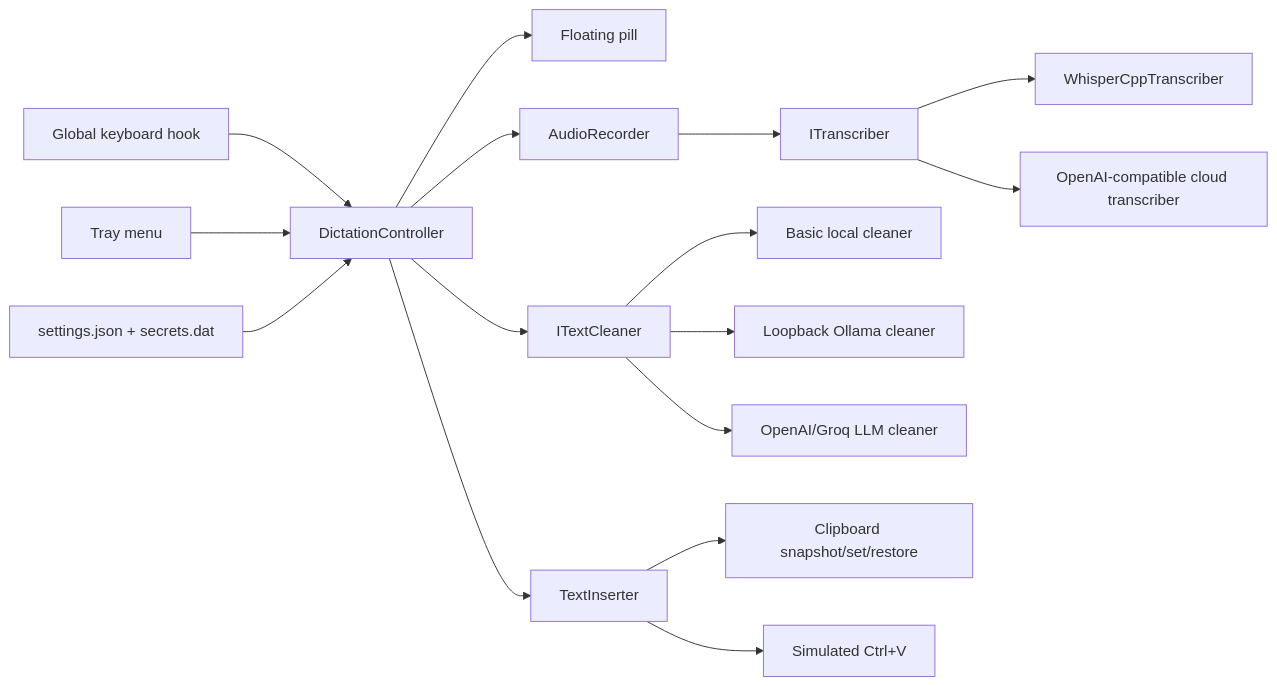
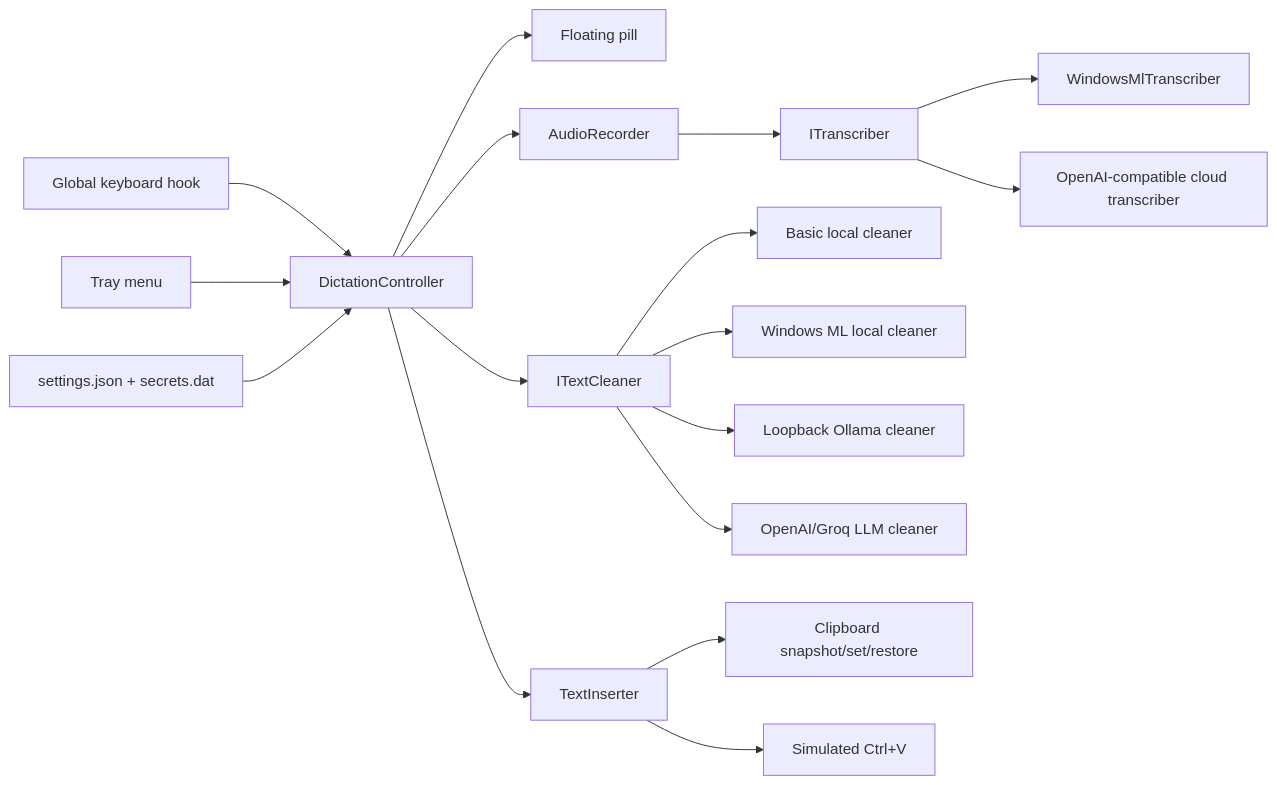
The diagram in windows-ai-dictation-design.md (rogersau/Whispdows), drawn with Mermaid before and after one commit. The commit also changed other lines of this file and 15 other files, not shown here.

Commit message:
feat: migrate local inference to Windows ML

````diff
--- a/windows-ai-dictation-design.md
+++ b/windows-ai-dictation-design.md
@@ -153,18 +147,19 @@
 ```mermaid
 flowchart LR
     Hook[Global keyboard hook] --> Controller[DictationController]
     Tray[Tray menu] --> Controller
     Controller --> Pill[Floating pill]
     Controller --> Recorder[AudioRecorder]
     Recorder --> Transcriber[ITranscriber]
-    Transcriber --> Local[WhisperCppTranscriber]
+    Transcriber --> Local[WindowsMlTranscriber]
     Transcriber --> Cloud[OpenAI-compatible cloud transcriber]
     Controller --> Cleaner[ITextCleaner]
     Cleaner --> Basic[Basic local cleaner]
+    Cleaner --> WindowsMl[Windows ML local cleaner]
     Cleaner --> Ollama[Loopback Ollama cleaner]
     Cleaner --> LLM[OpenAI/Groq LLM cleaner]
     Controller --> Inserter[TextInserter]
     Inserter --> Clipboard[Clipboard snapshot/set/restore]
     Inserter --> SendInput[Simulated Ctrl+V]
     Settings[settings.json + secrets.dat] --> Controller
 ```
````
